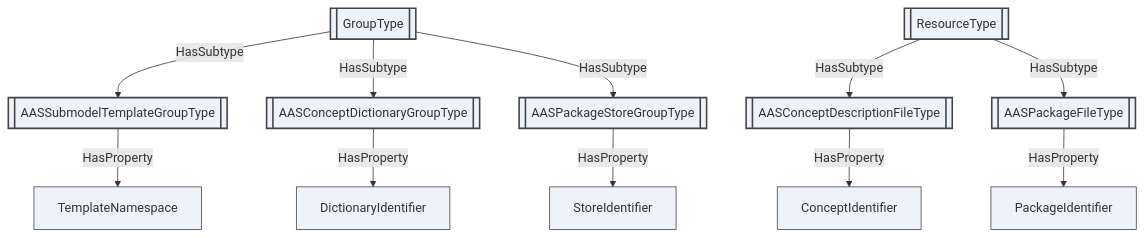
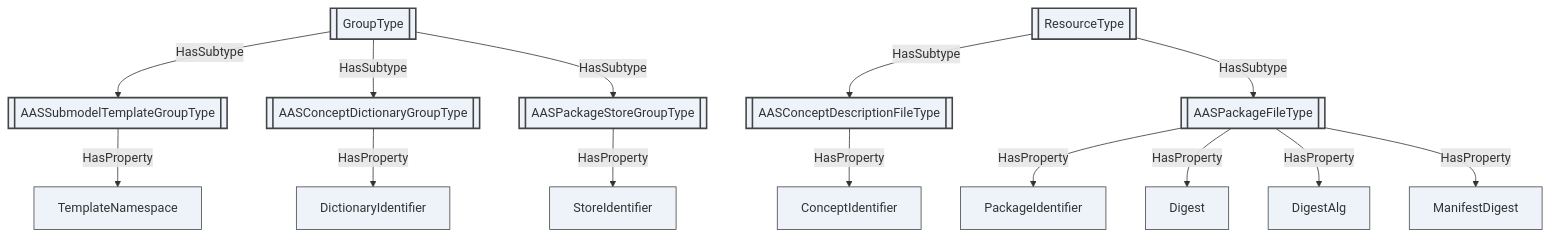
One commit to marcschier/opcua-drafts changed diagram 12 of 15 in companion-specs/AAS/OPC-UA-AAS.md. Above: the diagram before and after it, drawn with Mermaid. The commit also changed other lines of this file and 20 other files, not shown here.

````diff
--- a/companion-specs/AAS/OPC-UA-AAS.md
+++ b/companion-specs/AAS/OPC-UA-AAS.md
@@ -1169,29 +1170,35 @@
 ```mermaid
 flowchart TD
   BGRP[[GroupType]]:::objecttype
   BRES[[ResourceType]]:::objecttype
   STG[[AASSubmodelTemplateGroupType]]:::objecttype
   CDG[[AASConceptDictionaryGroupType]]:::objecttype
   PSG[[AASPackageStoreGroupType]]:::objecttype
   CDF[[AASConceptDescriptionFileType]]:::objecttype
   PFT[[AASPackageFileType]]:::objecttype
   TN[TemplateNamespace]:::variable
   DI[DictionaryIdentifier]:::variable
   SI[StoreIdentifier]:::variable
   CI[ConceptIdentifier]:::variable
   PI[PackageIdentifier]:::variable
+  DG[Digest]:::variable
+  DA[DigestAlg]:::variable
+  MD[ManifestDigest]:::variable
 
   BGRP -->|HasSubtype| STG
   BGRP -->|HasSubtype| CDG
   BGRP -->|HasSubtype| PSG
   BRES -->|HasSubtype| CDF
   BRES -->|HasSubtype| PFT
   STG -->|HasProperty| TN
   CDG -->|HasProperty| DI
   PSG -->|HasProperty| SI
   CDF -->|HasProperty| CI
   PFT -->|HasProperty| PI
+  PFT -->|HasProperty| DG
+  PFT -->|HasProperty| DA
+  PFT -->|HasProperty| MD
 
   classDef variable fill:#eef3fa,stroke:#444
   classDef objecttype fill:#eef3fa,stroke:#444,stroke-width:2px
 ```
````
